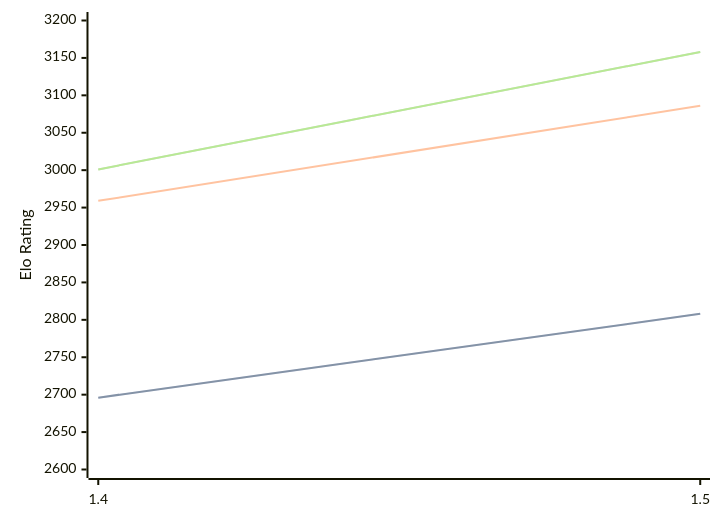
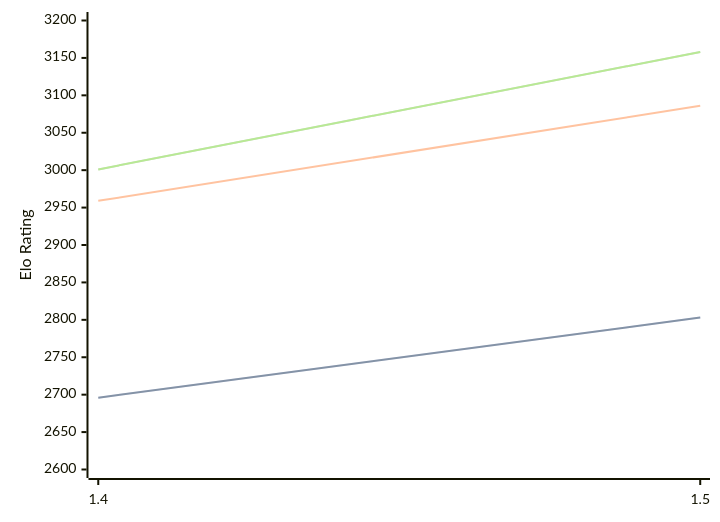
The diagram in engines/Yakka.md (computer-chess-index/cci), drawn with Mermaid before and after one commit. The commit also changed other lines of this file, not shown here.

Commit message:
Update CCI Ratings (ELO VLTC) - 2026-02-19

````diff
--- a/engines/Yakka.md
+++ b/engines/Yakka.md
@@ -33,11 +33,11 @@
 ```mermaid
 %%{init: {"theme":"base","themeVariables":{"seriesColors:['#a3a3a3','#222221','#faa371']}}}%%
 xychart-beta
   x-axis ["1.4", "1.5"]
   y-axis "Elo Rating" 2600 --> 3200
-  line "STC (8.0+0.08s)" [2696, 2808]
-  line "STC (8.0+0.08s)" [2696, 2808]
+  line "STC (8.0+0.08s)" [2696, 2803]
+  line "STC (8.0+0.08s)" [2696, 2803]
   line "LTC (60.0+0.60s)" [2959, 3086]
   line "VLTC (2m24s+1.12s)" [3001, 3158]
   line "VLTC (2m24s+1.12s)" [3001, 3158]
 ```
````
